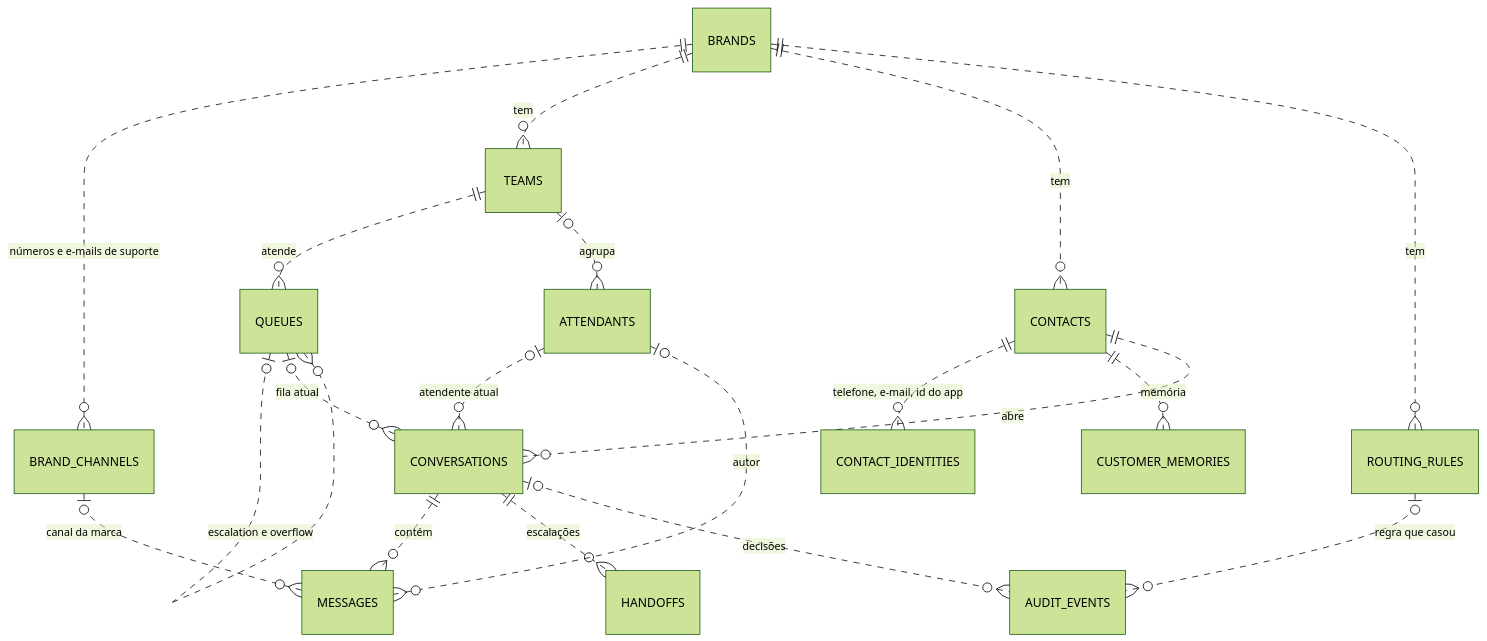
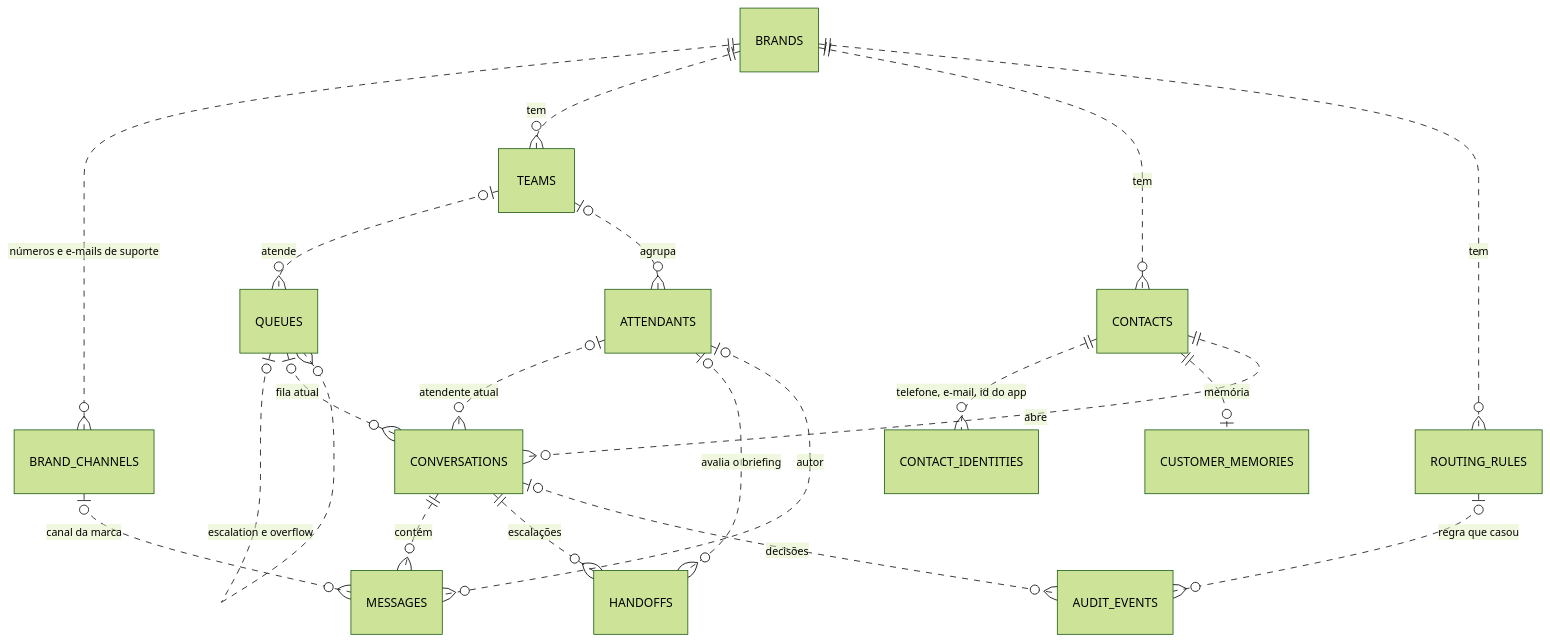
The sixth of 24 diagrams in documents/arquitetura.md (lcordeirokopke/Cloudesk), drawn with Mermaid (forest theme) before and after one commit. The commit also changed other lines of this file and 20 other files, not shown here.

````diff
--- a/documents/arquitetura.md
+++ b/documents/arquitetura.md
@@ -403,21 +403,22 @@
 ```mermaid
 erDiagram
     BRANDS ||..o{ BRAND_CHANNELS : "números e e-mails de suporte"
     BRANDS ||..o{ TEAMS : "tem"
     BRANDS ||..o{ CONTACTS : "tem"
     BRANDS ||..o{ ROUTING_RULES : "tem"
-    TEAMS ||..o{ QUEUES : "atende"
+    TEAMS |o..o{ QUEUES : "atende"
     TEAMS |o..o{ ATTENDANTS : "agrupa"
     QUEUES |o..o{ QUEUES : "escalation e overflow"
     CONTACTS ||..o{ CONTACT_IDENTITIES : "telefone, e-mail, id do app"
-    CONTACTS ||..o{ CUSTOMER_MEMORIES : "memória"
+    CONTACTS ||..o| CUSTOMER_MEMORIES : "memória"
     CONTACTS ||..o{ CONVERSATIONS : "abre"
     QUEUES |o..o{ CONVERSATIONS : "fila atual"
     ATTENDANTS |o..o{ CONVERSATIONS : "atendente atual"
     CONVERSATIONS ||..o{ MESSAGES : "contém"
     CONVERSATIONS ||..o{ HANDOFFS : "escalações"
+    ATTENDANTS |o..o{ HANDOFFS : "avalia o briefing"
     CONVERSATIONS |o..o{ AUDIT_EVENTS : "decisões"
     ROUTING_RULES |o..o{ AUDIT_EVENTS : "regra que casou"
     ATTENDANTS |o..o{ MESSAGES : "autor"
     BRAND_CHANNELS |o..o{ MESSAGES : "canal da marca"
 ```
````
